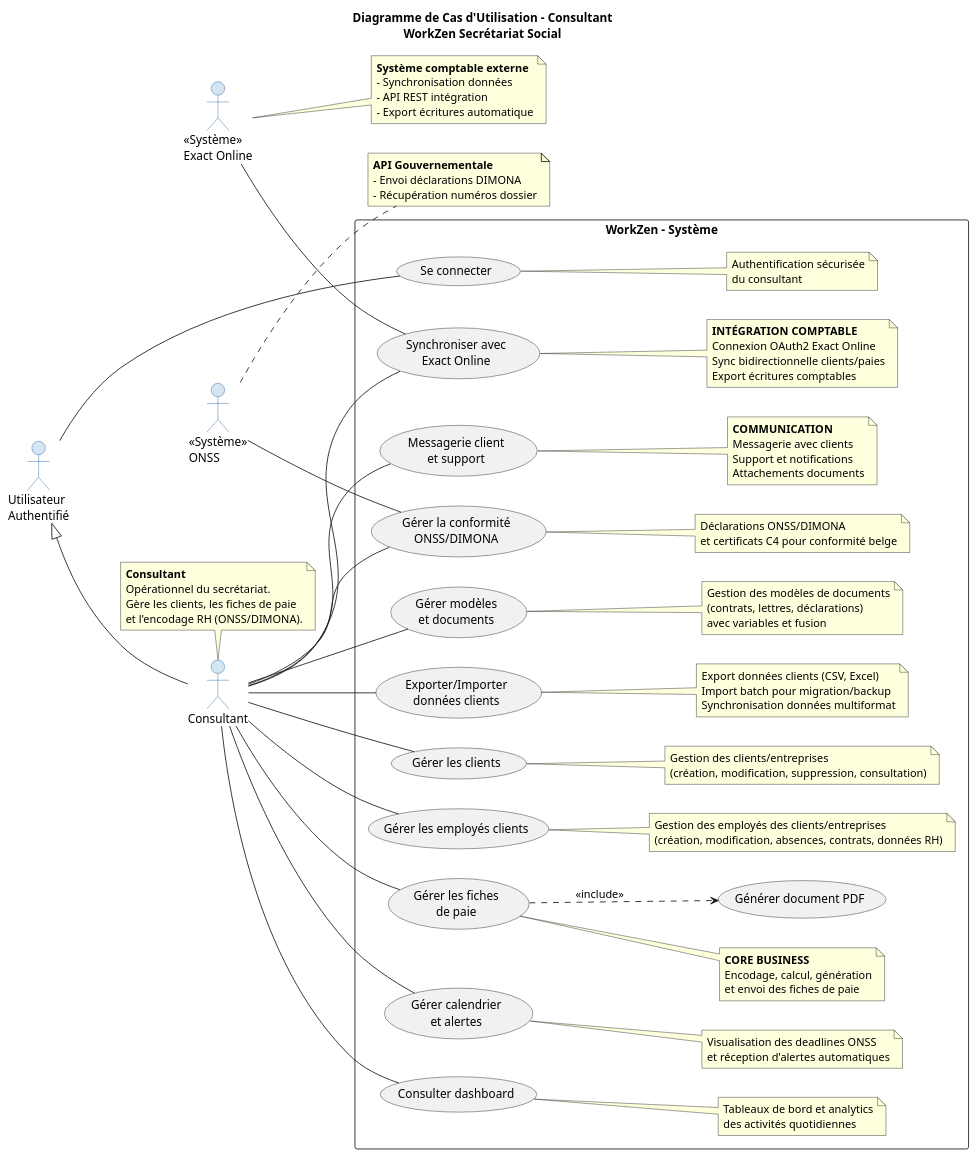
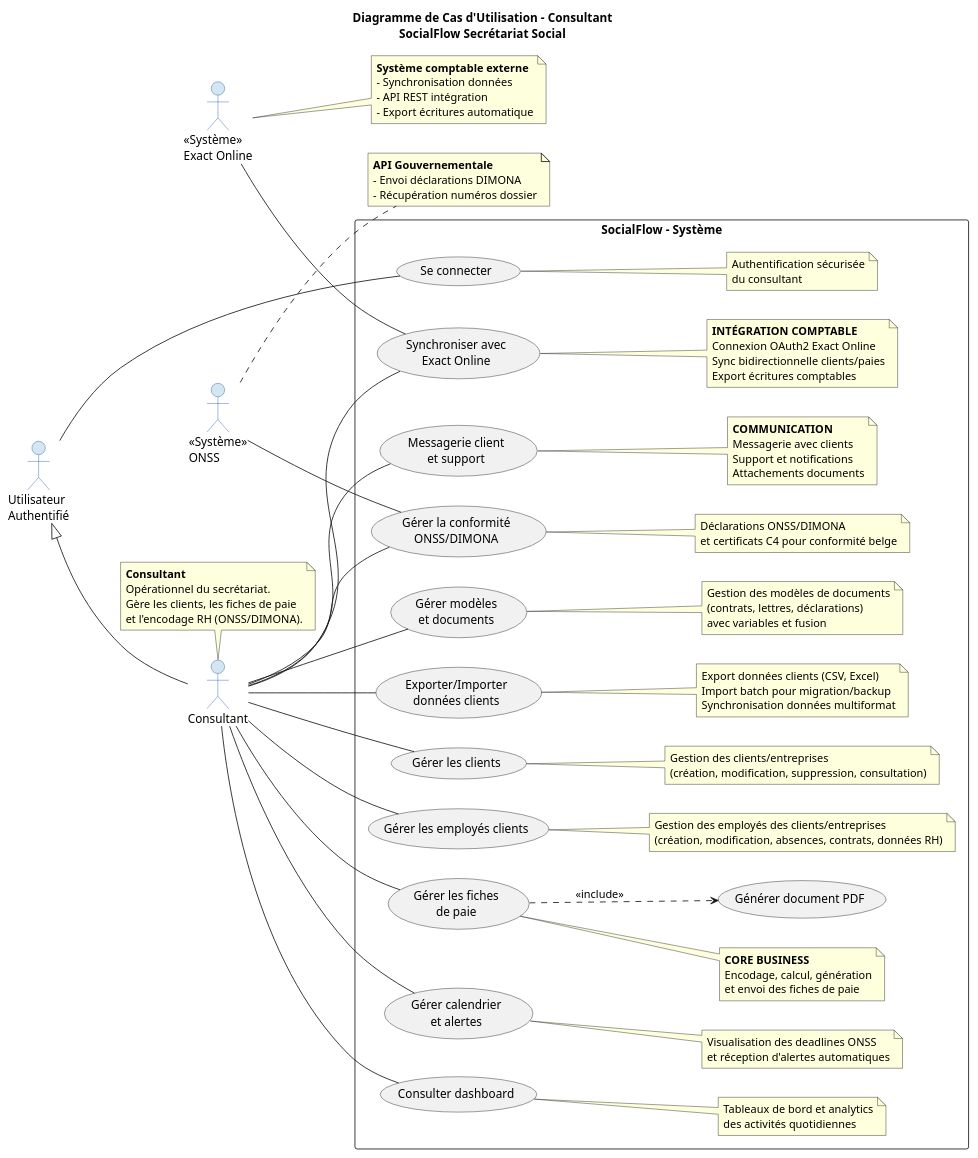
The diagram in documentation/Uml/CasDUtilisation/Consultant/consultant-use-cases.puml (Adri-2310/TFE), drawn with PlantUML before and after one commit. The commit also changed 38 other files, not shown here.

Commit message:
Remplacer tous les WorkZen par SocialFlow dans toute la documentation

```diff
--- a/documentation/Uml/CasDUtilisation/Consultant/consultant-use-cases.puml
+++ b/documentation/Uml/CasDUtilisation/Consultant/consultant-use-cases.puml
@@ -1,136 +1,136 @@
-@startuml Consultant-WorkZen
-title Diagramme de Cas d'Utilisation - Consultant\nWorkZen Secrétariat Social
+@startuml Consultant-SocialFlow
+title Diagramme de Cas d'Utilisation - Consultant\nSocialFlow Secrétariat Social
 
 left to right direction
 
 skinparam backgroundColor #FFFFFF
 skinparam actorBackgroundColor #D4E6F1
 skinparam actorBorderColor #1E5BA8
 
 actor "Utilisateur\nAuthentifié" as User
 actor Consultant
 
 Consultant -up-|> User
 
 note top of Consultant
   **Consultant**
   Opérationnel du secrétariat.
   Gère les clients, les fiches de paie
   et l'encodage RH (ONSS/DIMONA).
 end note
 
-rectangle "WorkZen - Système" {
+rectangle "SocialFlow - Système" {
 usecase UC0 as "Se connecter"
 usecase UC10 as "Gérer les clients"
 usecase UC20 as "Gérer les employés clients"
 usecase UC30 as "Gérer les fiches\nde paie"
 usecase UC40 as "Gérer la conformité\nONSS/DIMONA"
 usecase UC50 as "Gérer calendrier\net alertes"
 usecase UC60 as "Consulter dashboard"
 usecase UC70 as "Synchroniser avec\nExact Online"
 usecase UC75 as "Messagerie client\net support"
 usecase UC80 as "Gérer modèles\net documents"
 usecase UC85 as "Exporter/Importer\ndonnées clients"
 
 usecase UCPDF as "Générer document PDF"
 UC30 ..> UCPDF : <<include>>
 note right of UC0
   Authentification sécurisée
   du consultant
 end note
 
 note right of UC10
   Gestion des clients/entreprises
   (création, modification, suppression, consultation)
 end note
 
 note right of UC20
   Gestion des employés des clients/entreprises
   (création, modification, absences, contrats, données RH)
 end note
 
 note right of UC30
   **CORE BUSINESS**
   Encodage, calcul, génération
   et envoi des fiches de paie
 end note
 
 note right of UC40
   Déclarations ONSS/DIMONA
   et certificats C4 pour conformité belge
 end note
 
 note right of UC50
   Visualisation des deadlines ONSS
   et réception d'alertes automatiques
 end note
 
 note right of UC60
   Tableaux de bord et analytics
   des activités quotidiennes
 end note
 
 note right of UC70
   **INTÉGRATION COMPTABLE**
   Connexion OAuth2 Exact Online
   Sync bidirectionnelle clients/paies
   Export écritures comptables
 end note
 
 note right of UC75
   **COMMUNICATION**
   Messagerie avec clients
   Support et notifications
   Attachements documents
 end note
 
 note right of UC80
   Gestion des modèles de documents
   (contrats, lettres, déclarations)
   avec variables et fusion
 end note
 
 note right of UC85
   Export données clients (CSV, Excel)
   Import batch pour migration/backup
   Synchronisation données multiformat
 end note
 
 }
 
 actor "<<Système>>\nExact Online" as ExactOnline
 actor "<<Système>>\nONSS" as ONSS
 
 User -- UC0
 Consultant -- UC10
 Consultant -- UC20
 Consultant -- UC30
 Consultant -- UC40
 Consultant -- UC50
 Consultant -- UC60
 Consultant -- UC70
 Consultant -- UC75
 Consultant -- UC80
 Consultant -- UC85
 
 ExactOnline -- UC70
 ONSS -- UC40
 
 ' --- NOTES DES CAS D'UTILISATION (Groupées pour un alignement parfait) ---
 
 
 ' --- NOTES DES ACTEURS EXTERNES ---
 note right of ExactOnline
   **Système comptable externe**
   - Synchronisation données
   - API REST intégration
   - Export écritures automatique
 end note
 
 note right of ONSS
   **API Gouvernementale**
   - Envoi déclarations DIMONA
   - Récupération numéros dossier
 end note
 
 @enduml
```
